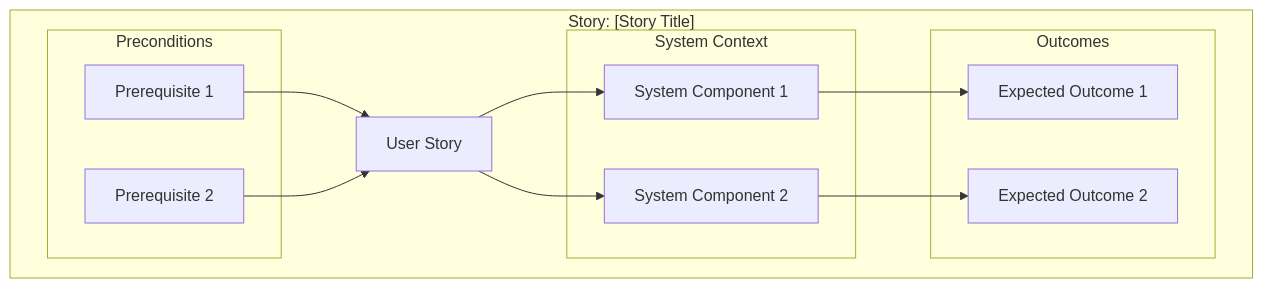
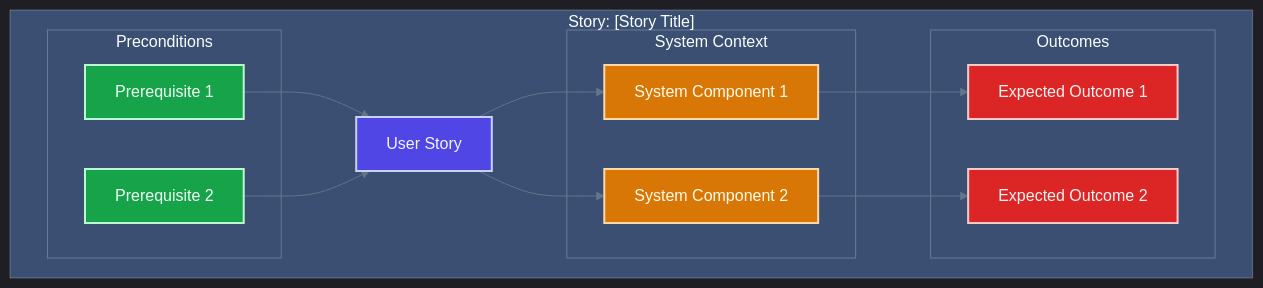
One commit to TheCowboyAI/cim-start changed the second of 4 diagrams in .claude/agents/bdd-expert.md. Above: the diagram before and after it, drawn with Mermaid. The commit also changed other lines of this file and 33 other files, not shown here.

````diff
--- a/.claude/agents/bdd-expert.md
+++ b/.claude/agents/bdd-expert.md
@@ -306,28 +341,39 @@
 ```mermaid
+%%{init: {"theme":"dark","themeVariables":{"primaryColor":"#4f46e5","primaryTextColor":"#f8fafc","primaryBorderColor":"#6366f1","lineColor":"#64748b","secondaryColor":"#1e293b","tertiaryColor":"#0f172a","background":"#0f172a","mainBkg":"#1e293b","secondBkg":"#334155","tertiaryBkg":"#475569"}}}%%
 graph TB
     subgraph "Story: [Story Title]"
         US[User Story]
         
         subgraph "Preconditions"
             PRE1[Prerequisite 1]
             PRE2[Prerequisite 2]
         end
         
         subgraph "System Context"
             SYS1[System Component 1]
             SYS2[System Component 2]
         end
         
         subgraph "Outcomes"
             OUT1[Expected Outcome 1]
             OUT2[Expected Outcome 2]
         end
         
         PRE1 --> US
         PRE2 --> US
         US --> SYS1
         US --> SYS2
         SYS1 --> OUT1
         SYS2 --> OUT2
     end
+    
+    classDef storyNode fill:#4f46e5,stroke:#c7d2fe,stroke-width:2px,color:#f1f5f9
+    classDef preNode fill:#16a34a,stroke:#bbf7d0,stroke-width:2px,color:#f0fdf4
+    classDef sysNode fill:#d97706,stroke:#fed7aa,stroke-width:2px,color:#fffbeb
+    classDef outNode fill:#dc2626,stroke:#fecaca,stroke-width:2px,color:#fef2f2
+    
+    class US storyNode
+    class PRE1,PRE2 preNode
+    class SYS1,SYS2 sysNode
+    class OUT1,OUT2 outNode
 ```
````
